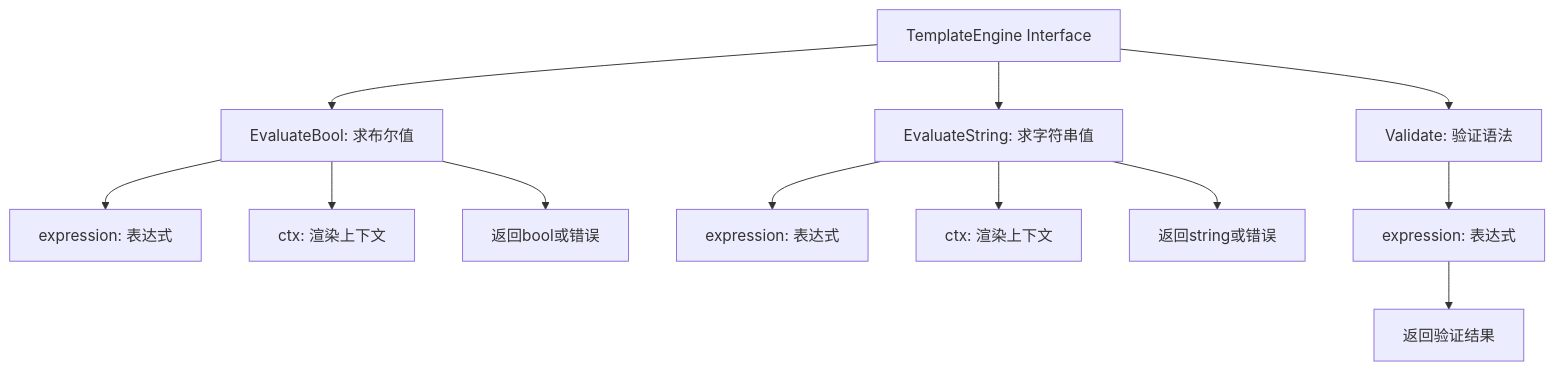
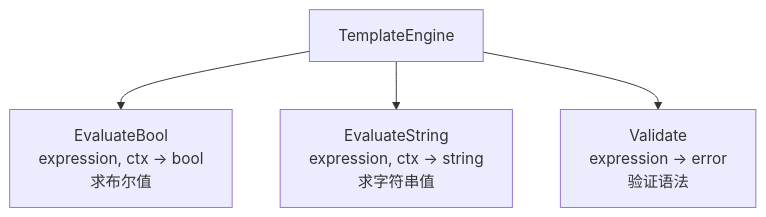
Before and after one commit to LerkoX/flowx: the first of 9 diagrams in template/FLOWS.md, drawn with Mermaid. The commit also changed other lines of this file and 6 other files, not shown here.

First line of the commit message:
docs: enhance module flow diagrams with detailed implementation flows

````diff
--- a/template/FLOWS.md
+++ b/template/FLOWS.md
@@ -5,17 +5,6 @@
 ```mermaid
 flowchart TD
-    A[TemplateEngine Interface] --> B[EvaluateBool: 求布尔值]
-    A --> C[EvaluateString: 求字符串值]
-    A --> D[Validate: 验证语法]
-
-    B --> E[expression: 表达式]
-    B --> F[ctx: 渲染上下文]
-    B --> G[返回bool或错误]
-
-    C --> H[expression: 表达式]
-    C --> I[ctx: 渲染上下文]
-    C --> J[返回string或错误]
-
-    D --> K[expression: 表达式]
-    K --> L[返回验证结果]
+    A[TemplateEngine] --> B[EvaluateBool<br/>expression, ctx → bool<br/>求布尔值]
+    A --> C[EvaluateString<br/>expression, ctx → string<br/>求字符串值]
+    A --> D[Validate<br/>expression → error<br/>验证语法]
 ```
````
